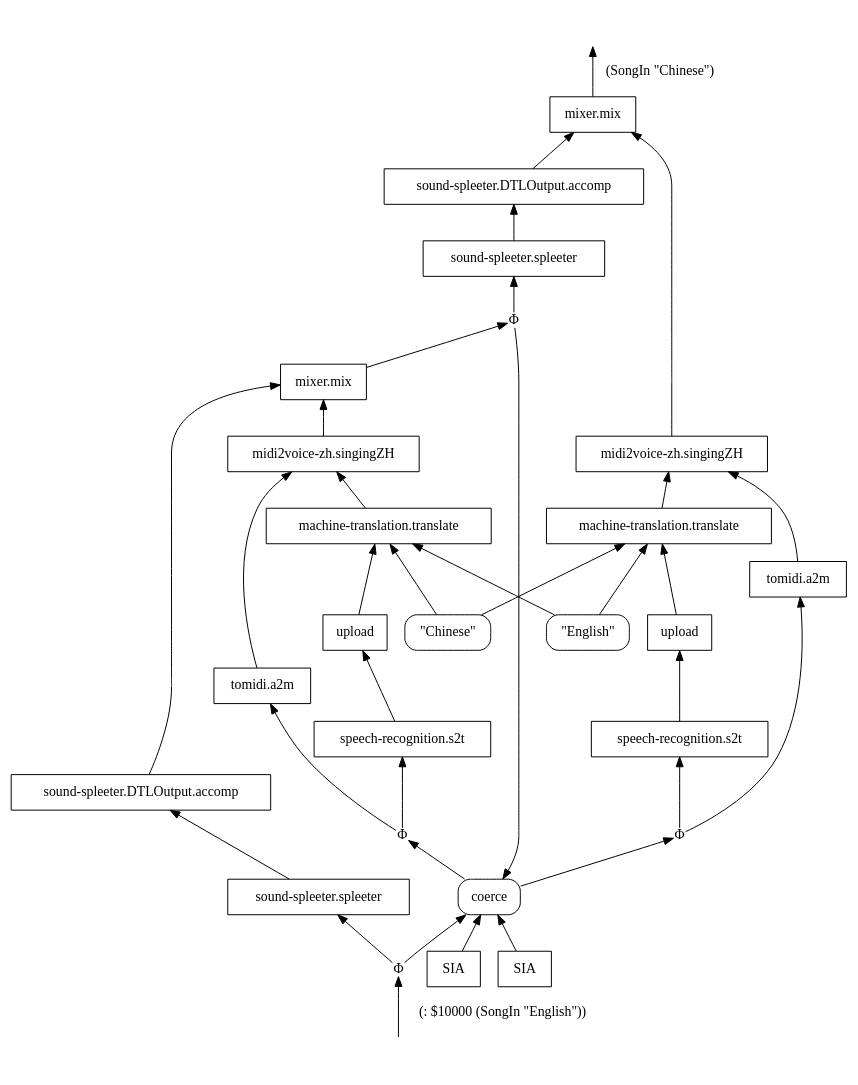
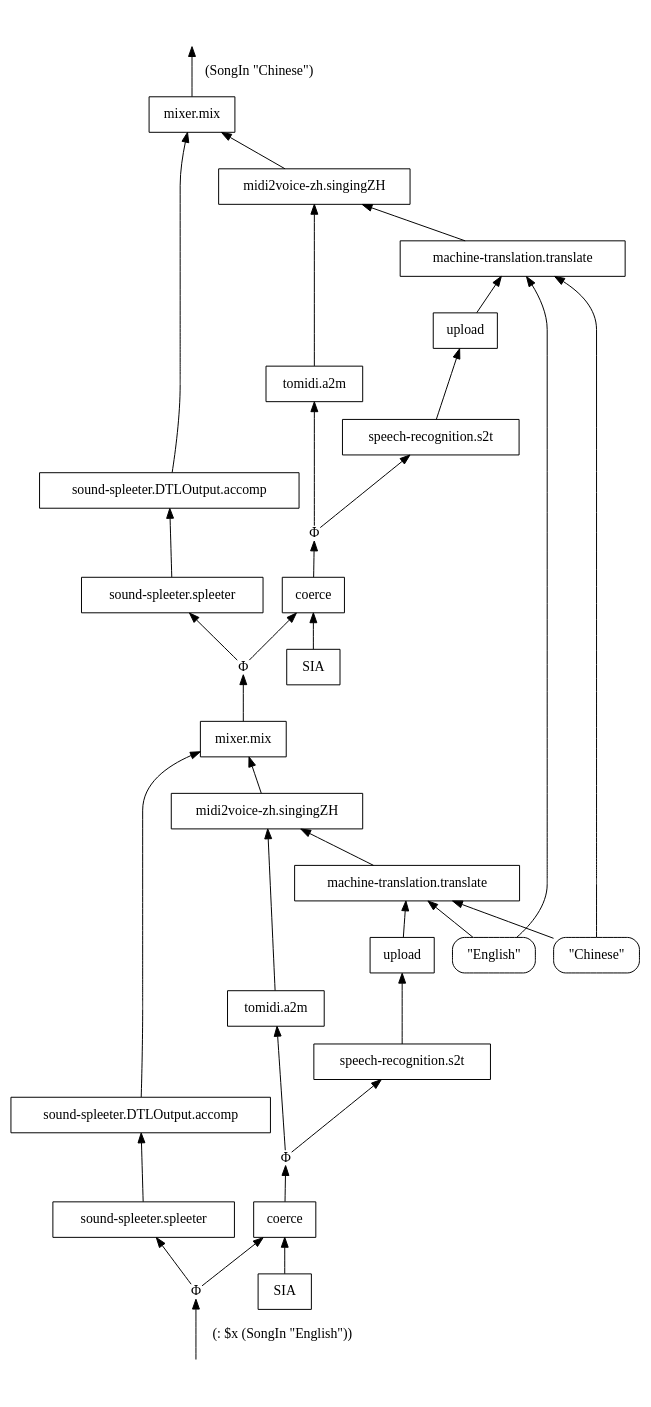
The diagram in experimental/ai-service-composition/english-to-chinese-song/dots/cnd-4.dot (singnet/ai-dsl), drawn with Graphviz before and after one commit. The commit also changed 5 other files, not shown here.

```diff
--- a/experimental/ai-service-composition/english-to-chinese-song/dots/cnd-4.dot
+++ b/experimental/ai-service-composition/english-to-chinese-song/dots/cnd-4.dot
@@ -1,68 +1,68 @@
 digraph Flowchart {
 rankdir=BT
 
 "__IN__0" [label="", shape=none]
 "__OUT__0" [label="", shape=none]
-"Φ1002" [label="Φ", shape=plain]
-"mixer.mix3" [label="mixer.mix", shape=box]
-"sound-spleeter.DTLOutput.accomp13" [label="sound-spleeter.DTLOutput.accomp", shape=box]
-"sound-spleeter.spleeter22" [label="sound-spleeter.spleeter", shape=box]
-"Φ1103" [label="Φ", shape=plain]
-"midi2voice-zh.singingZH104" [label="midi2voice-zh.singingZH", shape=box]
-"machine-translation.translate115" [label="machine-translation.translate", shape=box]
+"Φ174897" [label="Φ", shape=plain]
+"mixer.mix965677" [label="mixer.mix", shape=box]
+"sound-spleeter.DTLOutput.accomp118172" [label="sound-spleeter.DTLOutput.accomp", shape=box]
+"sound-spleeter.spleeter660854" [label="sound-spleeter.spleeter", shape=box]
+"Φ157473" [label="Φ", shape=plain]
+"midi2voice-zh.singingZH468570" [label="midi2voice-zh.singingZH", shape=box]
+"machine-translation.translate996917" [label="machine-translation.translate", shape=box]
 "English" [label="\"English\"", shape=box, style=rounded]
 "Chinese" [label="\"Chinese\"", shape=box, style=rounded]
-"upload124" [label="upload", shape=box]
-"speech-recognition.s2t133" [label="speech-recognition.s2t", shape=box]
-"tomidi.a2m203" [label="tomidi.a2m", shape=box]
-coerce [label="coerce", shape=box, style=rounded]
-"SIA122" [label="SIA", shape=box]
-"Φ1011" [label="Φ", shape=plain]
-"mixer.mix12" [label="mixer.mix", shape=box]
-"sound-spleeter.DTLOutput.accomp22" [label="sound-spleeter.DTLOutput.accomp", shape=box]
-"sound-spleeter.spleeter31" [label="sound-spleeter.spleeter", shape=box]
-"Φ1112" [label="Φ", shape=plain]
-"midi2voice-zh.singingZH113" [label="midi2voice-zh.singingZH", shape=box]
-"machine-translation.translate124" [label="machine-translation.translate", shape=box]
+"upload657825" [label="upload", shape=box]
+"speech-recognition.s2t757711" [label="speech-recognition.s2t", shape=box]
+"tomidi.a2m175113" [label="tomidi.a2m", shape=box]
+"coerce909340" [label="coerce", shape=box]
+"SIA587253" [label="SIA", shape=box]
+"Φ394222" [label="Φ", shape=plain]
+"mixer.mix750534" [label="mixer.mix", shape=box]
+"sound-spleeter.DTLOutput.accomp329335" [label="sound-spleeter.DTLOutput.accomp", shape=box]
+"sound-spleeter.spleeter611361" [label="sound-spleeter.spleeter", shape=box]
+"Φ791321" [label="Φ", shape=plain]
+"midi2voice-zh.singingZH218532" [label="midi2voice-zh.singingZH", shape=box]
+"machine-translation.translate385491" [label="machine-translation.translate", shape=box]
 "English" [label="\"English\"", shape=box, style=rounded]
 "Chinese" [label="\"Chinese\"", shape=box, style=rounded]
-"upload133" [label="upload", shape=box]
-"speech-recognition.s2t142" [label="speech-recognition.s2t", shape=box]
-"tomidi.a2m212" [label="tomidi.a2m", shape=box]
-coerce [label="coerce", shape=box, style=rounded]
-"SIA131" [label="SIA", shape=box]
+"upload887718" [label="upload", shape=box]
+"speech-recognition.s2t115610" [label="speech-recognition.s2t", shape=box]
+"tomidi.a2m417079" [label="tomidi.a2m", shape=box]
+"coerce69751" [label="coerce", shape=box]
+"SIA393345" [label="SIA", shape=box]
 
-"__IN__0" -> "Φ1011" [label="(: $10000 (SongIn \"English\"))"]
-"mixer.mix3" -> "__OUT__0" [label="(SongIn \"Chinese\")"]
-"mixer.mix12" -> "Φ1002" []
-"Φ1002" -> "sound-spleeter.spleeter22" []
-"Φ1002" -> coerce []
-"sound-spleeter.DTLOutput.accomp13" -> "mixer.mix3" []
-"midi2voice-zh.singingZH104" -> "mixer.mix3" []
-"sound-spleeter.spleeter22" -> "sound-spleeter.DTLOutput.accomp13" []
-coerce -> "Φ1103" []
-"Φ1103" -> "speech-recognition.s2t133" []
-"Φ1103" -> "tomidi.a2m203" []
-"machine-translation.translate115" -> "midi2voice-zh.singingZH104" []
-"tomidi.a2m203" -> "midi2voice-zh.singingZH104" []
-"upload124" -> "machine-translation.translate115" []
-"English" -> "machine-translation.translate115" []
-"Chinese" -> "machine-translation.translate115" []
-"speech-recognition.s2t133" -> "upload124" []
-"SIA122" -> coerce []
-"Φ1011" -> "sound-spleeter.spleeter31" []
-"Φ1011" -> coerce []
-"sound-spleeter.DTLOutput.accomp22" -> "mixer.mix12" []
-"midi2voice-zh.singingZH113" -> "mixer.mix12" []
-"sound-spleeter.spleeter31" -> "sound-spleeter.DTLOutput.accomp22" []
-coerce -> "Φ1112" []
-"Φ1112" -> "speech-recognition.s2t142" []
-"Φ1112" -> "tomidi.a2m212" []
-"machine-translation.translate124" -> "midi2voice-zh.singingZH113" []
-"tomidi.a2m212" -> "midi2voice-zh.singingZH113" []
-"upload133" -> "machine-translation.translate124" []
-"English" -> "machine-translation.translate124" []
-"Chinese" -> "machine-translation.translate124" []
-"speech-recognition.s2t142" -> "upload133" []
-"SIA131" -> coerce []
+"__IN__0" -> "Φ394222" [label="(: $x (SongIn \"English\"))"]
+"mixer.mix965677" -> "__OUT__0" [label="(SongIn \"Chinese\")"]
+"mixer.mix750534" -> "Φ174897" []
+"Φ174897" -> "sound-spleeter.spleeter660854" []
+"Φ174897" -> "coerce909340" []
+"sound-spleeter.DTLOutput.accomp118172" -> "mixer.mix965677" []
+"midi2voice-zh.singingZH468570" -> "mixer.mix965677" []
+"sound-spleeter.spleeter660854" -> "sound-spleeter.DTLOutput.accomp118172" []
+"coerce909340" -> "Φ157473" []
+"Φ157473" -> "speech-recognition.s2t757711" []
+"Φ157473" -> "tomidi.a2m175113" []
+"machine-translation.translate996917" -> "midi2voice-zh.singingZH468570" []
+"tomidi.a2m175113" -> "midi2voice-zh.singingZH468570" []
+"upload657825" -> "machine-translation.translate996917" []
+"English" -> "machine-translation.translate996917" []
+"Chinese" -> "machine-translation.translate996917" []
+"speech-recognition.s2t757711" -> "upload657825" []
+"SIA587253" -> "coerce909340" []
+"Φ394222" -> "sound-spleeter.spleeter611361" []
+"Φ394222" -> "coerce69751" []
+"sound-spleeter.DTLOutput.accomp329335" -> "mixer.mix750534" []
+"midi2voice-zh.singingZH218532" -> "mixer.mix750534" []
+"sound-spleeter.spleeter611361" -> "sound-spleeter.DTLOutput.accomp329335" []
+"coerce69751" -> "Φ791321" []
+"Φ791321" -> "speech-recognition.s2t115610" []
+"Φ791321" -> "tomidi.a2m417079" []
+"machine-translation.translate385491" -> "midi2voice-zh.singingZH218532" []
+"tomidi.a2m417079" -> "midi2voice-zh.singingZH218532" []
+"upload887718" -> "machine-translation.translate385491" []
+"English" -> "machine-translation.translate385491" []
+"Chinese" -> "machine-translation.translate385491" []
+"speech-recognition.s2t115610" -> "upload887718" []
+"SIA393345" -> "coerce69751" []
 }
```
